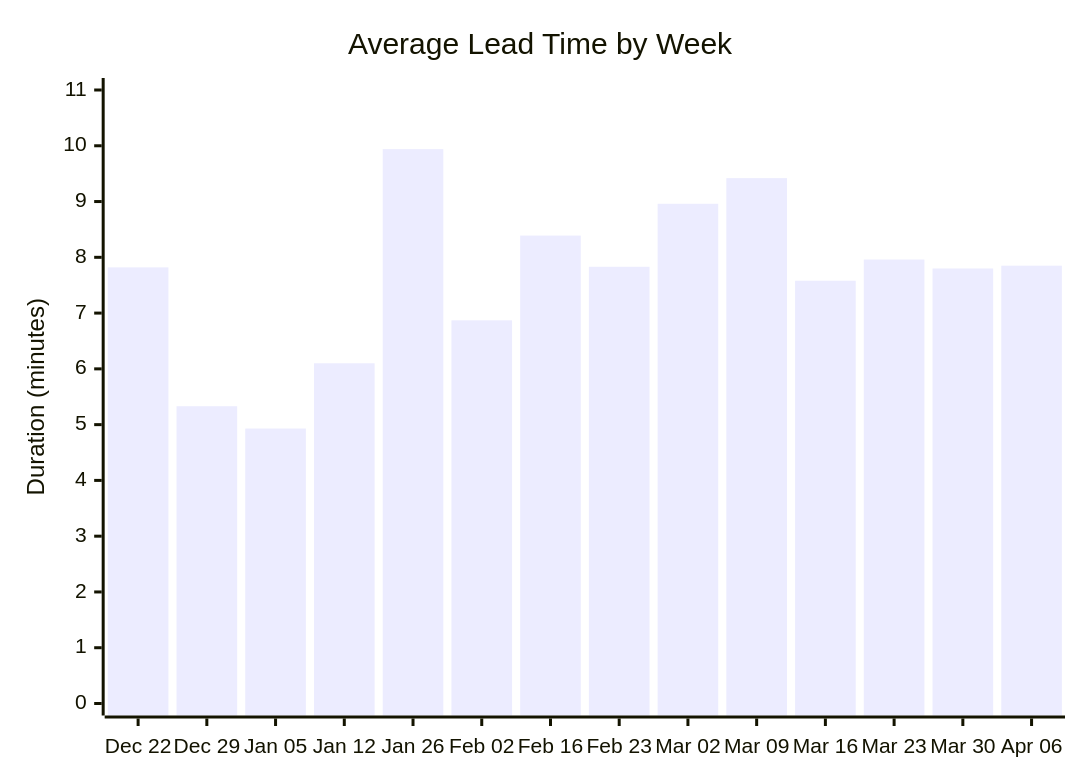
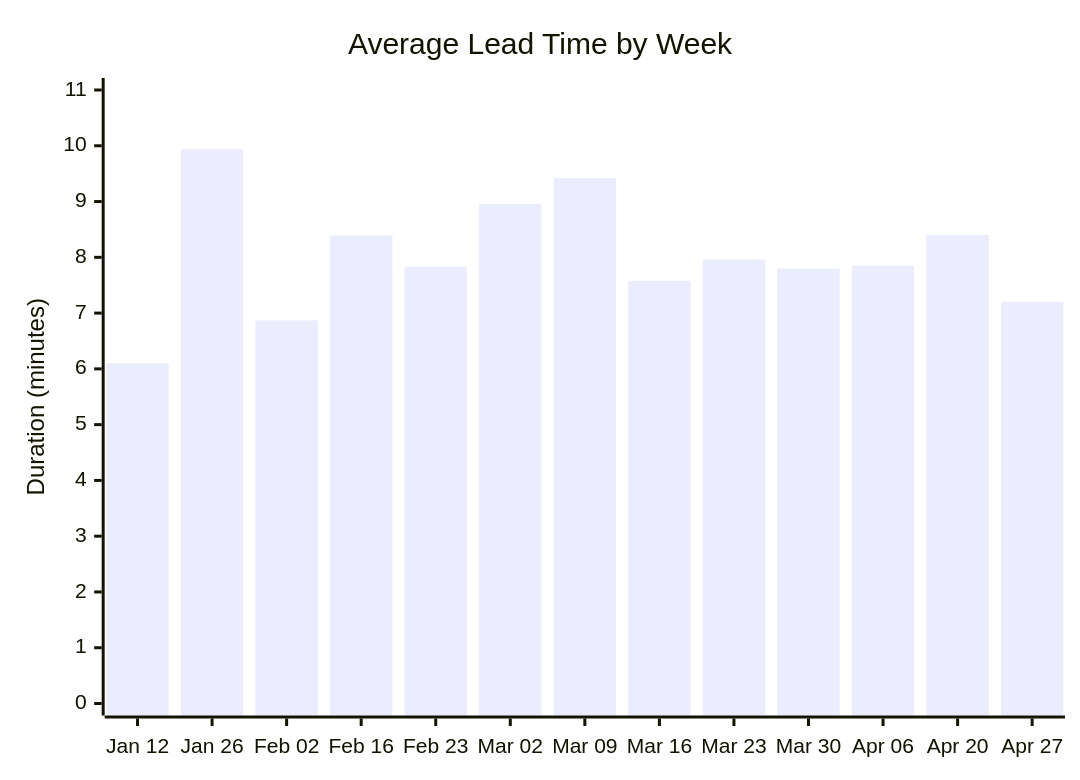
Before and after one commit to ukma-cs-ssdm-2025/rate-ukma: the second of 4 diagrams in docs/ci-cd/dora-summary.md, drawn with Mermaid. The commit also changed other lines of this file, not shown here.

````diff
--- a/docs/ci-cd/dora-summary.md
+++ b/docs/ci-cd/dora-summary.md
@@ -29,7 +30,7 @@
 ```mermaid
 xychart-beta
     title "Average Lead Time by Week"
-    x-axis ["Dec 22", "Dec 29", "Jan 05", "Jan 12", "Jan 26", "Feb 02", "Feb 16", "Feb 23", "Mar 02", "Mar 09", "Mar 16", "Mar 23", "Mar 30", "Apr 06"]
+    x-axis ["Jan 12", "Jan 26", "Feb 02", "Feb 16", "Feb 23", "Mar 02", "Mar 09", "Mar 16", "Mar 23", "Mar 30", "Apr 06", "Apr 20", "Apr 27"]
     y-axis "Duration (minutes)" 0 --> 11
-    bar [7.82, 5.33, 4.93, 6.10, 9.94, 6.87, 8.39, 7.83, 8.96, 9.42, 7.58, 7.96, 7.80, 7.85]
+    bar [6.10, 9.94, 6.87, 8.39, 7.83, 8.96, 9.42, 7.58, 7.96, 7.80, 7.85, 8.40, 7.20]
 ```
````
